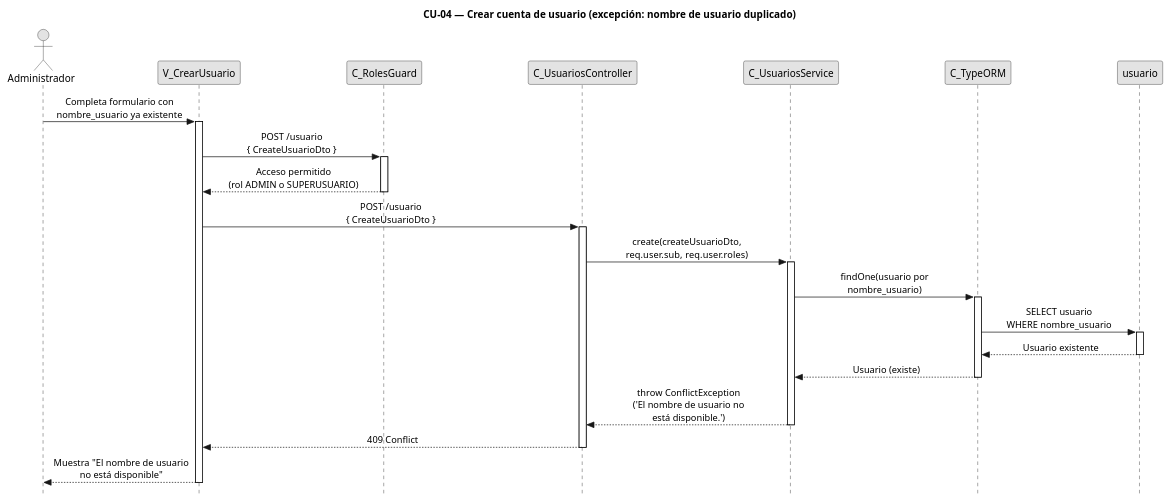
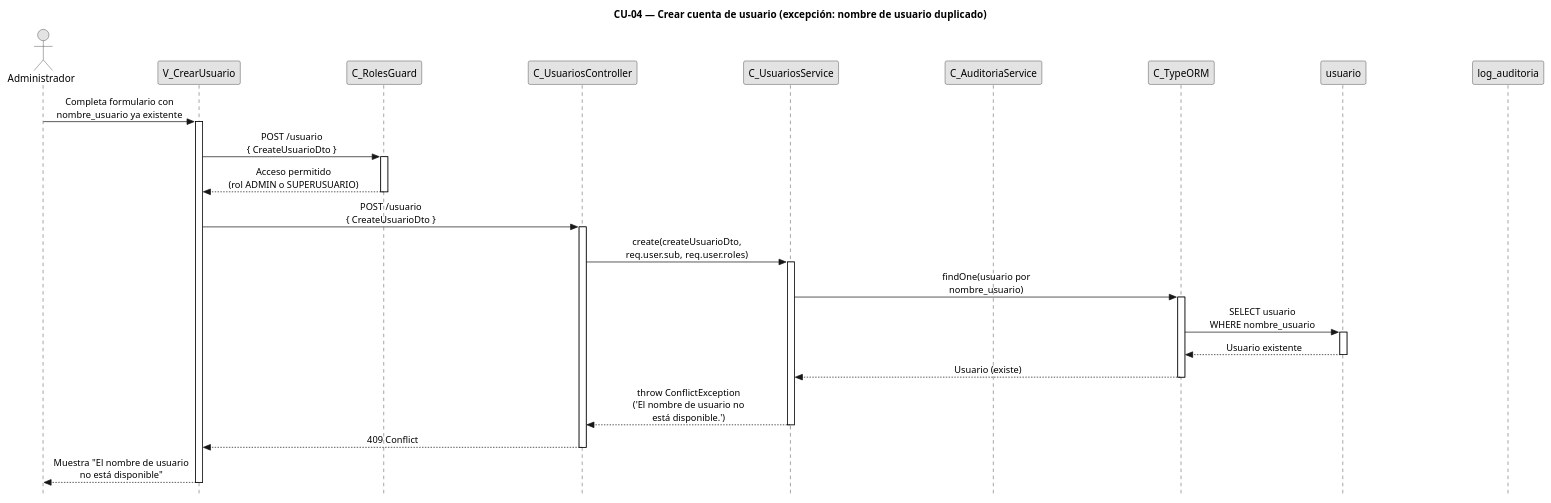
The diagram in diagramas-secuencia/CU04/CU04-exc-nombre-duplicado.puml (FSM-Finet-y-Cable-Magico/Team_1-Inventario-y-Bodega), drawn with PlantUML before and after one commit. The commit also changed 83 other files, not shown here.

Commit message:
fix diagramas segun criterio profesor

```diff
--- a/diagramas-secuencia/CU04/CU04-exc-nombre-duplicado.puml
+++ b/diagramas-secuencia/CU04/CU04-exc-nombre-duplicado.puml
@@ -1,59 +1,61 @@
 @startuml CU04-exc-nombre-duplicado
 title CU-04 — Crear cuenta de usuario (excepción: nombre de usuario duplicado)
 
 skinparam style strictuml
 skinparam monochrome true
 skinparam shadowing false
 skinparam sequenceMessageAlign center
 skinparam ParticipantPadding 70
 skinparam ActorPadding 30
 skinparam sequence {
   MessageAlign center
   LifeLineBorderColor black
 }
 hide footbox
 
 actor "Administrador" as user
 participant "V_CrearUsuario" as view
 participant "C_RolesGuard" as guard
 participant "C_UsuariosController" as ctrl
 participant "C_UsuariosService" as svc
+participant "C_AuditoriaService" as aud
 participant "C_TypeORM" as orm
 participant "usuario" as uent
+participant "log_auditoria" as aent
 
 user -> view : Completa formulario con\nnombre_usuario ya existente
 activate view
 
 view -> guard : POST /usuario\n{ CreateUsuarioDto }
 activate guard
 
 guard --> view : Acceso permitido\n(rol ADMIN o SUPERUSUARIO)
 deactivate guard
 
 view -> ctrl : POST /usuario\n{ CreateUsuarioDto }
 activate ctrl
 
 ctrl -> svc : create(createUsuarioDto,\nreq.user.sub, req.user.roles)
 activate svc
 
 svc -> orm : findOne(usuario por\nnombre_usuario)
 activate orm
 
 orm -> uent : SELECT usuario\nWHERE nombre_usuario
 activate uent
 uent --> orm : Usuario existente
 deactivate uent
 
 orm --> svc : Usuario (existe)
 deactivate orm
 
 svc --> ctrl : throw ConflictException\n('El nombre de usuario no\nestá disponible.')
 deactivate svc
 
 ctrl --> view : 409 Conflict
 deactivate ctrl
 
 view --> user : Muestra "El nombre de usuario\nno está disponible"
 deactivate view
 
 @enduml
```
